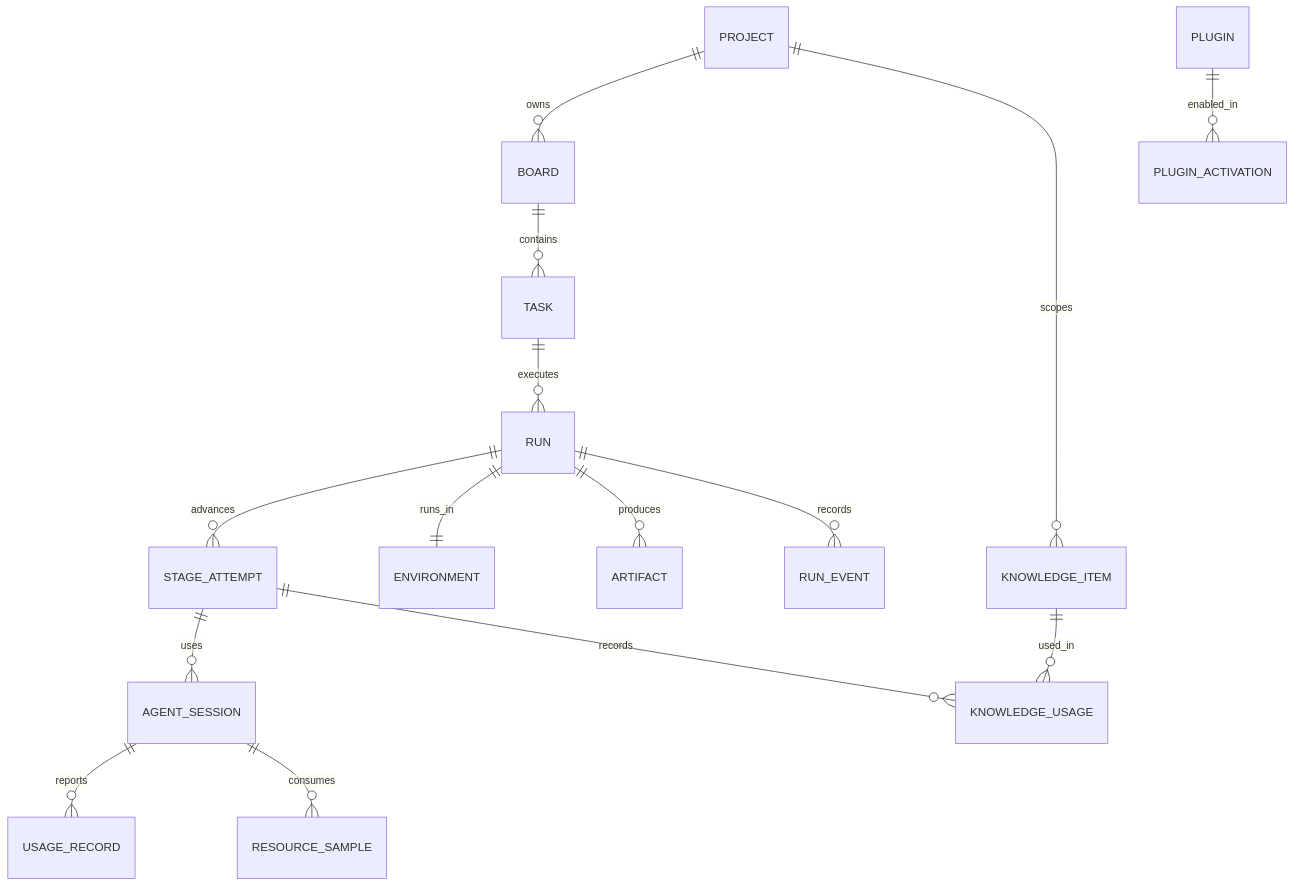
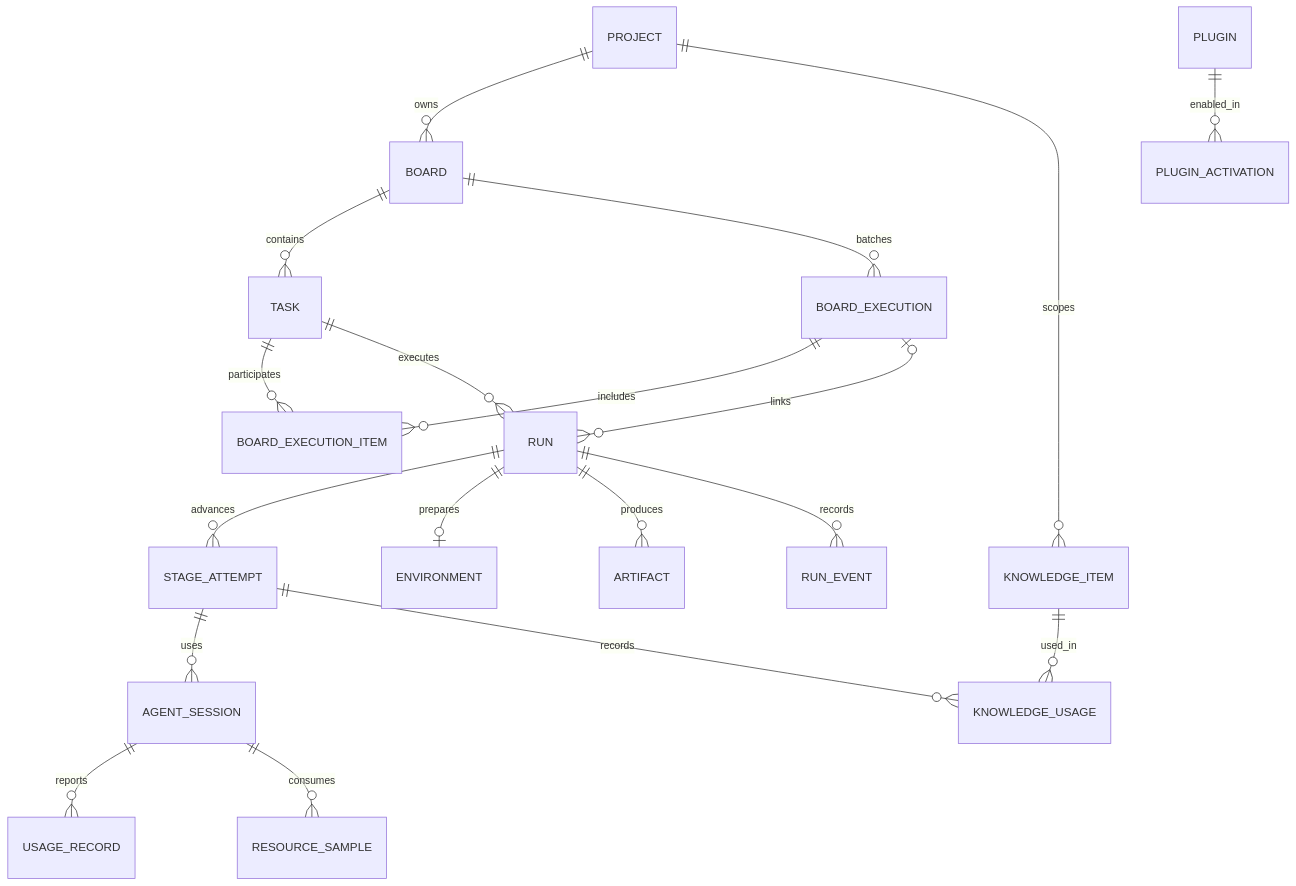
One commit to mpakus/cuckoding.com changed the diagram in docs/DB.md. Above: the diagram before and after it, drawn with Mermaid. The commit also changed other lines of this file and 51 other files, not shown here.

````diff
--- a/docs/DB.md
+++ b/docs/DB.md
@@ -19,17 +19,21 @@
 ```mermaid
 erDiagram
     PROJECT ||--o{ BOARD : owns
     BOARD ||--o{ TASK : contains
+    BOARD ||--o{ BOARD_EXECUTION : batches
+    BOARD_EXECUTION ||--o{ BOARD_EXECUTION_ITEM : includes
+    TASK ||--o{ BOARD_EXECUTION_ITEM : participates
+    BOARD_EXECUTION o|--o{ RUN : links
     TASK ||--o{ RUN : executes
     RUN ||--o{ STAGE_ATTEMPT : advances
     STAGE_ATTEMPT ||--o{ AGENT_SESSION : uses
-    RUN ||--|| ENVIRONMENT : runs_in
+    RUN ||--o| ENVIRONMENT : prepares
     RUN ||--o{ ARTIFACT : produces
     RUN ||--o{ RUN_EVENT : records
     AGENT_SESSION ||--o{ USAGE_RECORD : reports
     AGENT_SESSION ||--o{ RESOURCE_SAMPLE : consumes
     PROJECT ||--o{ KNOWLEDGE_ITEM : scopes
     KNOWLEDGE_ITEM ||--o{ KNOWLEDGE_USAGE : used_in
     STAGE_ATTEMPT ||--o{ KNOWLEDGE_USAGE : records
     PLUGIN ||--o{ PLUGIN_ACTIVATION : enabled_in
 ```
````
